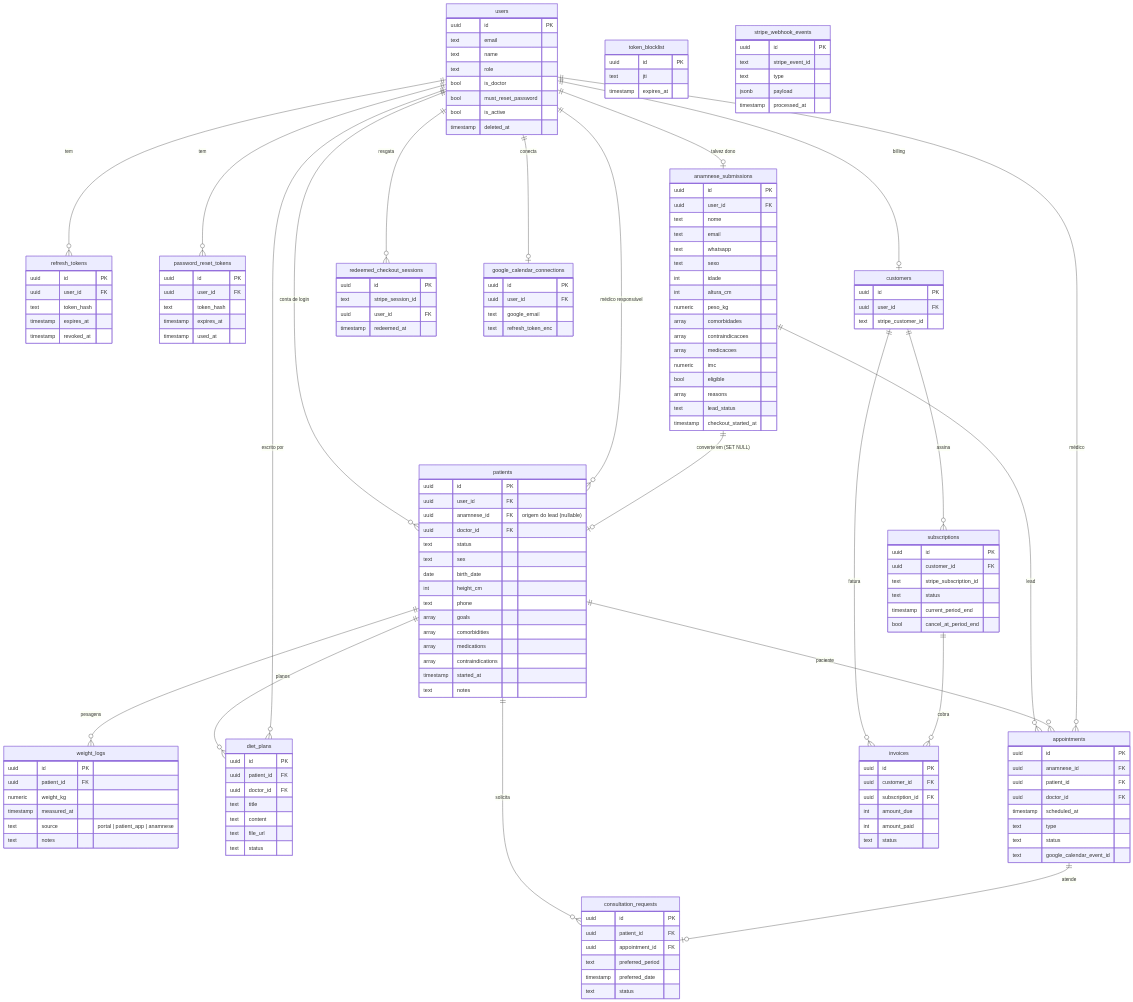
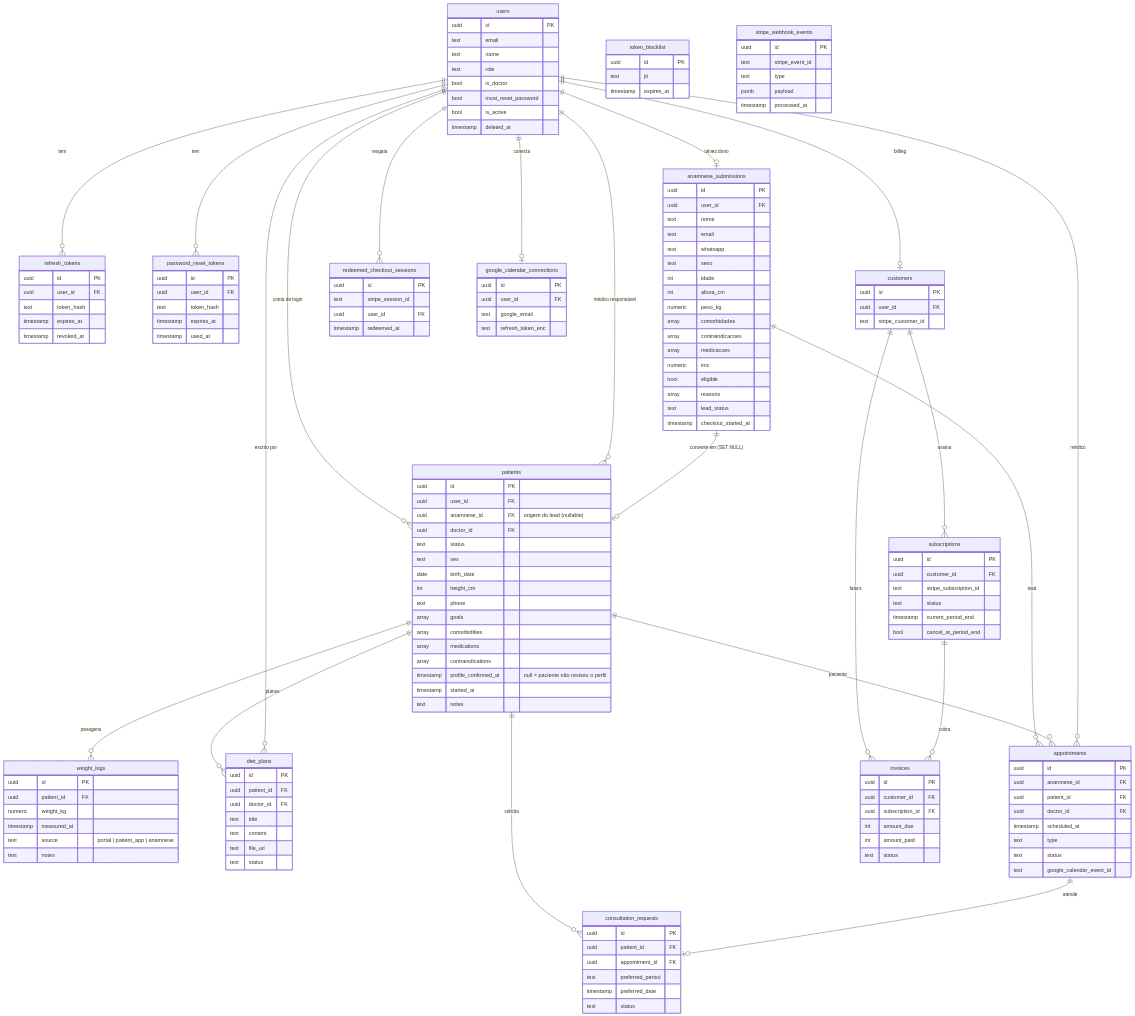
One commit to karlos-silva/golev changed the first of 2 diagrams in apps/api/drizzle/SCHEMA.md. Above: the diagram before and after it, drawn with Mermaid. The commit also changed other lines of this file, not shown here.

First line of the commit message:
docs(schema): profile_confirmed_at no diagrama do banco

```diff
--- a/apps/api/drizzle/SCHEMA.md
+++ b/apps/api/drizzle/SCHEMA.md
@@ -97,6 +97,7 @@
     array comorbidities
     array medications
     array contraindications
+    timestamp profile_confirmed_at "null = paciente não revisou o perfil"
     timestamp started_at
     text notes
   }
```
